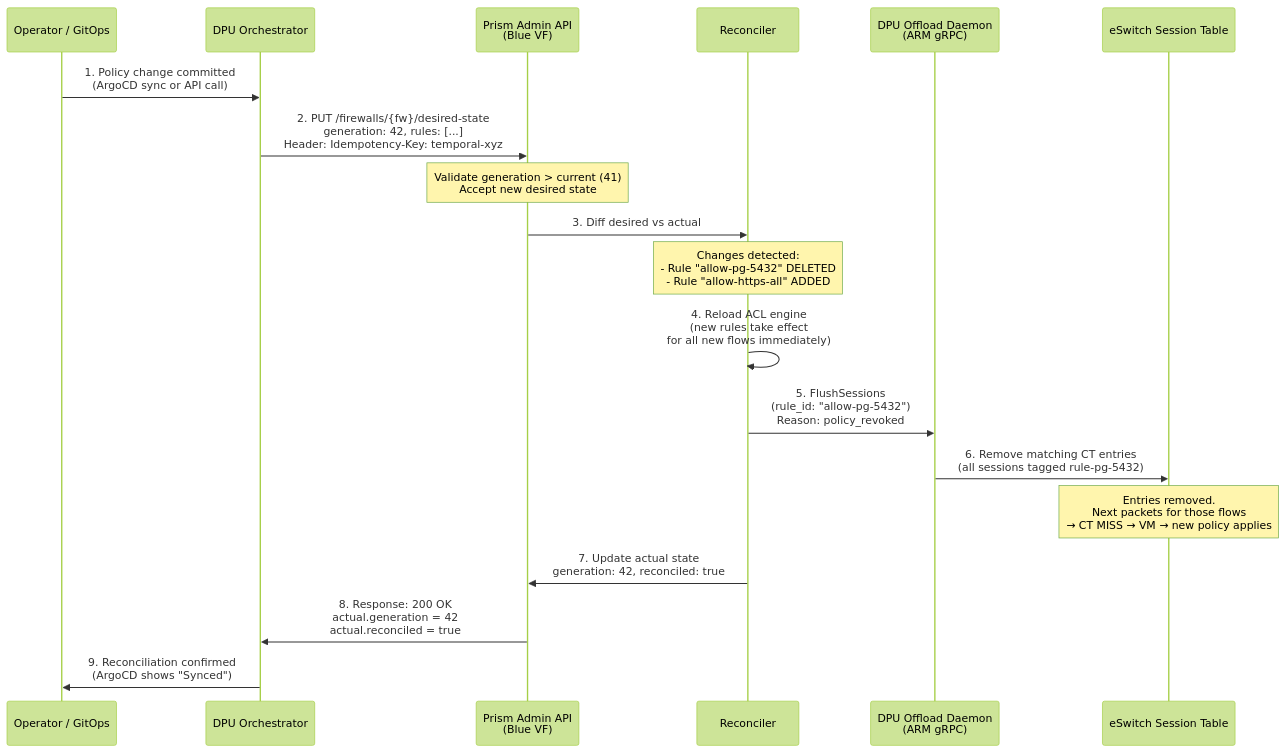
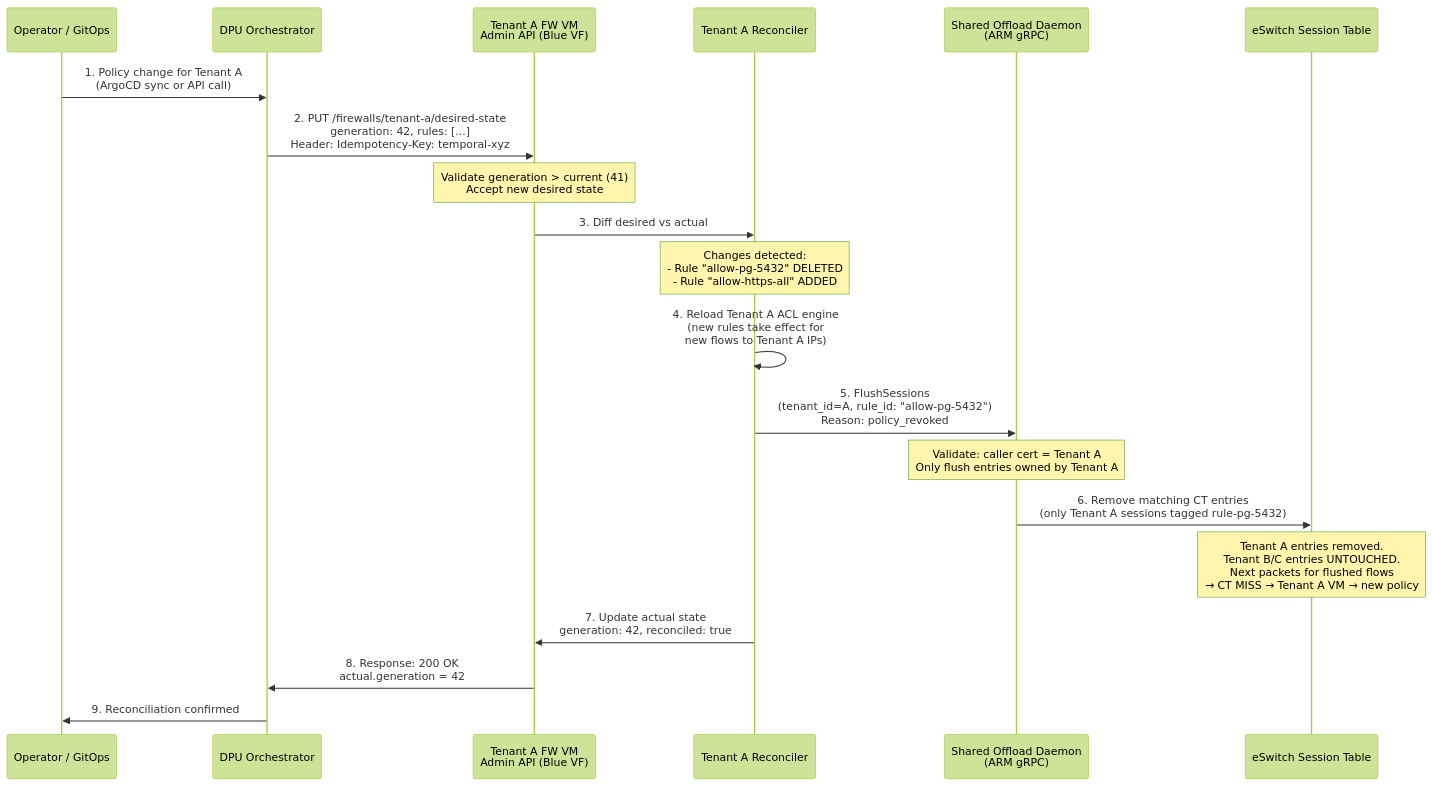
Before and after one commit to mara-baysn/technicolor-haze-prism: the ninth of 11 diagrams in docs/ARCHITECTURE.md, drawn with Mermaid (forest theme). The commit also changed other lines of this file, not shown here.

First line of the commit message:
docs: rewrite ARCHITECTURE.md — all sections now per-tenant VM model

````diff
--- a/docs/ARCHITECTURE.md
+++ b/docs/ARCHITECTURE.md
@@ -459,28 +504,28 @@
 ```mermaid
 sequenceDiagram
     participant OPS as Operator / GitOps
     participant ORCH as DPU Orchestrator
-    participant API as Prism Admin API<br/>(Blue VF)
-    participant RECON as Reconciler
-    participant DAEMON as DPU Offload Daemon<br/>(ARM gRPC)
+    participant API_A as Tenant A FW VM<br/>Admin API (Blue VF)
+    participant RECON as Tenant A Reconciler
+    participant DAEMON as Shared Offload Daemon<br/>(ARM gRPC)
     participant ESW as eSwitch Session Table
 
-    OPS->>ORCH: 1. Policy change committed<br/>(ArgoCD sync or API call)
-    ORCH->>API: 2. PUT /firewalls/{fw}/desired-state<br/>generation: 42, rules: [...]<br/>Header: Idempotency-Key: temporal-xyz
+    OPS->>ORCH: 1. Policy change for Tenant A<br/>(ArgoCD sync or API call)
+    ORCH->>API_A: 2. PUT /firewalls/tenant-a/desired-state<br/>generation: 42, rules: [...]<br/>Header: Idempotency-Key: temporal-xyz
 
-    Note over API: Validate generation > current (41)<br/>Accept new desired state
+    Note over API_A: Validate generation > current (41)<br/>Accept new desired state
 
-    API->>RECON: 3. Diff desired vs actual
+    API_A->>RECON: 3. Diff desired vs actual
     Note over RECON: Changes detected:<br/>- Rule "allow-pg-5432" DELETED<br/>- Rule "allow-https-all" ADDED
 
-    RECON->>RECON: 4. Reload ACL engine<br/>(new rules take effect<br/>for all new flows immediately)
+    RECON->>RECON: 4. Reload Tenant A ACL engine<br/>(new rules take effect for<br/>new flows to Tenant A IPs)
 
-    RECON->>DAEMON: 5. FlushSessions<br/>(rule_id: "allow-pg-5432")<br/>Reason: policy_revoked
-    DAEMON->>ESW: 6. Remove matching CT entries<br/>(all sessions tagged rule-pg-5432)
-    Note over ESW: Entries removed.<br/>Next packets for those flows<br/>→ CT MISS → VM → new policy applies
+    RECON->>DAEMON: 5. FlushSessions<br/>(tenant_id=A, rule_id: "allow-pg-5432")<br/>Reason: policy_revoked
+    Note over DAEMON: Validate: caller cert = Tenant A<br/>Only flush entries owned by Tenant A
+    DAEMON->>ESW: 6. Remove matching CT entries<br/>(only Tenant A sessions tagged rule-pg-5432)
+    Note over ESW: Tenant A entries removed.<br/>Tenant B/C entries UNTOUCHED.<br/>Next packets for flushed flows<br/>→ CT MISS → Tenant A VM → new policy
 
-    RECON->>API: 7. Update actual state<br/>generation: 42, reconciled: true
-    API->>ORCH: 8. Response: 200 OK<br/>actual.generation = 42<br/>actual.reconciled = true
-
-    ORCH->>OPS: 9. Reconciliation confirmed<br/>(ArgoCD shows "Synced")
+    RECON->>API_A: 7. Update actual state<br/>generation: 42, reconciled: true
+    API_A->>ORCH: 8. Response: 200 OK<br/>actual.generation = 42
+    ORCH->>OPS: 9. Reconciliation confirmed
 ```
````
